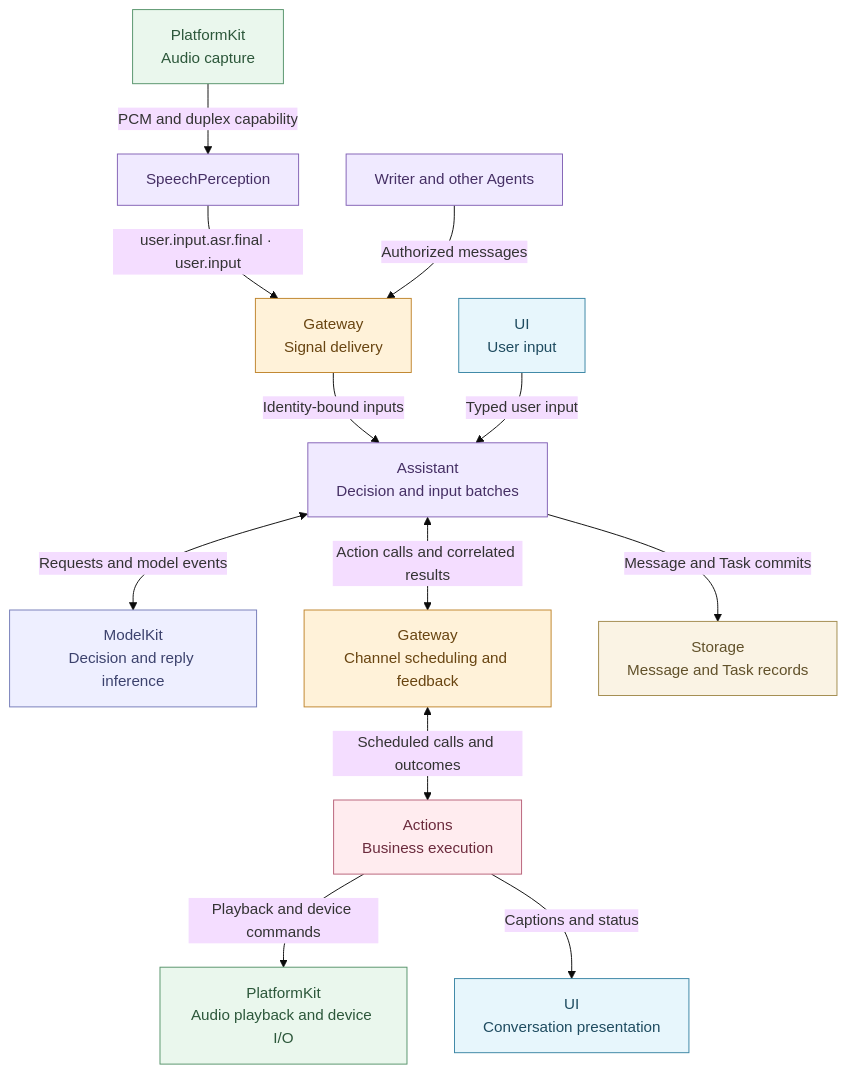
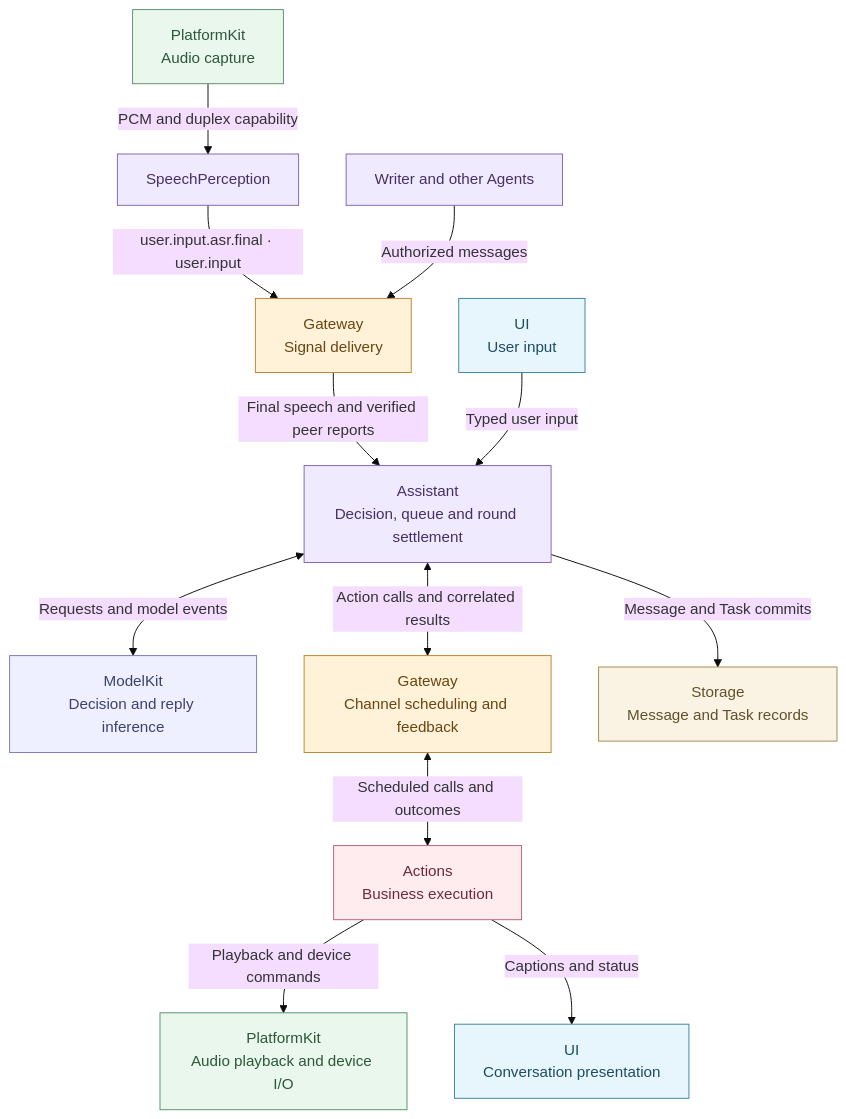
One commit to devilyouwei/MobileHarness changed diagram 18 of 27 in MobileHarness/README.md. Above: the diagram before and after it, drawn with Mermaid (base theme). The commit also changed other lines of this file and 115 other files, not shown here.

````diff
--- a/MobileHarness/README.md
+++ b/MobileHarness/README.md
@@ -1066,33 +1075,33 @@
 ```mermaid
 flowchart TB
     Capture["PlatformKit<br/>Audio capture"]:::platform
     Speech["SpeechPerception"]:::agent
     Peers["Writer and other Agents"]:::agent
     Input["UI<br/>User input"]:::ui
     Signals["Gateway<br/>Signal delivery"]:::gateway
-    Assistant["Assistant<br/>Decision and input batches"]:::agent
+    Assistant["Assistant<br/>Decision, queue and round settlement"]:::agent
     Models["ModelKit<br/>Decision and reply inference"]:::model
     Execution["Gateway<br/>Channel scheduling and feedback"]:::gateway
     Effects["Actions<br/>Business execution"]:::action
     Device["PlatformKit<br/>Audio playback and device I/O"]:::platform
     Presentation["UI<br/>Conversation presentation"]:::ui
     Records["Storage<br/>Message and Task records"]:::storage
     Capture -->|"PCM and duplex capability"| Speech
     Speech -->|"user.input.asr.final · user.input"| Signals
     Peers -->|"Authorized messages"| Signals
-    Signals -->|"Identity-bound inputs"| Assistant
+    Signals -->|"Final speech and verified peer reports"| Assistant
     Input -->|"Typed user input"| Assistant
     Assistant <-->|"Requests and model events"| Models
     Assistant <-->|"Action calls and correlated results"| Execution
     Execution <-->|"Scheduled calls and outcomes"| Effects
     Effects -->|"Playback and device commands"| Device
     Effects -->|"Captions and status"| Presentation
     Assistant -->|"Message and Task commits"| Records
     classDef agent fill:#f0eaff,stroke:#8261b5,color:#463065
     classDef gateway fill:#fff2d9,stroke:#bf842c,color:#694511
     classDef action fill:#ffecef,stroke:#b86178,color:#6b2b3d
     classDef ui fill:#e7f6fc,stroke:#3985a4,color:#1f4c60
     classDef platform fill:#eaf7ed,stroke:#56936a,color:#2c573a
     classDef model fill:#eeefff,stroke:#747bb8,color:#3c426d
     classDef storage fill:#faf3e4,stroke:#a18a4c,color:#61512a
 ```
````
